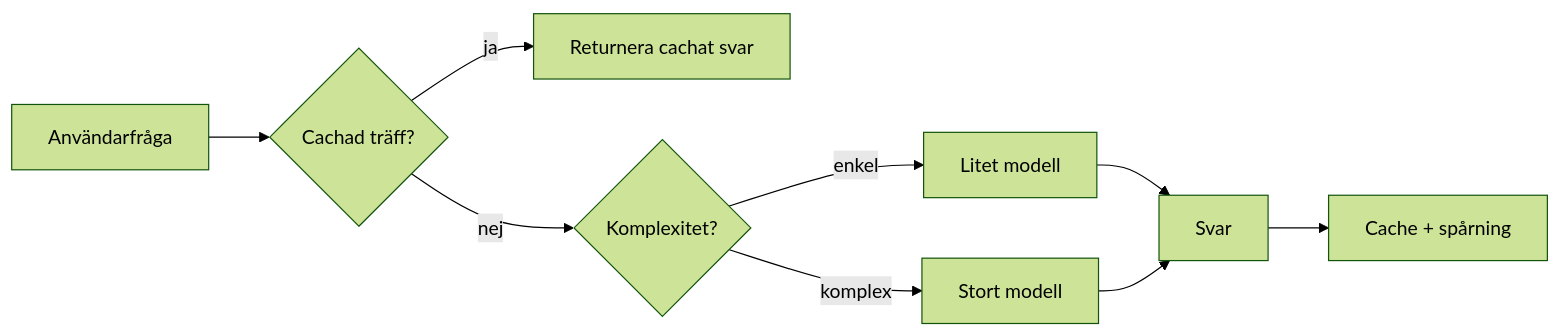
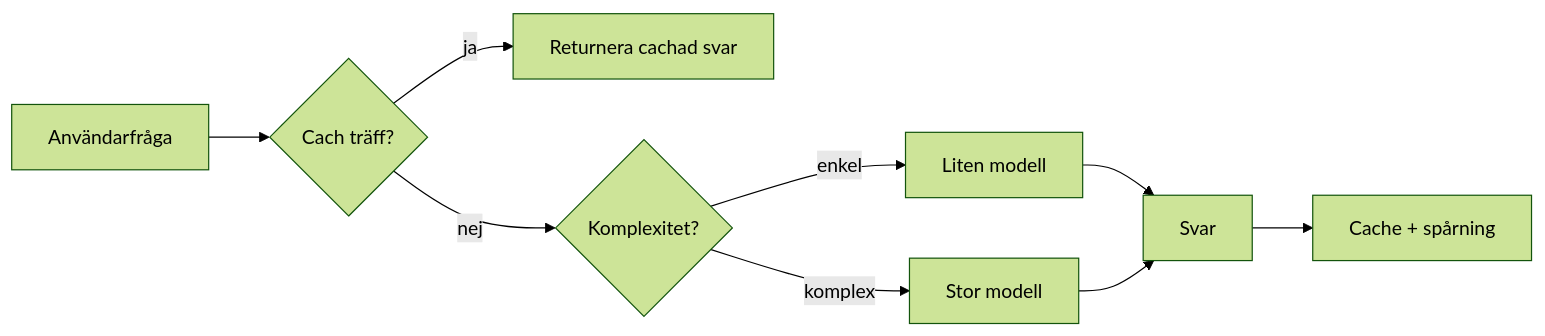
The third of 4 diagrams in mirrors/repos/microsoft@ai-agents-for-beginners/translations/sv/16-deploying-scalable-agents/README.md (gabrielmoreira/agent-skills-mirror), drawn with Mermaid (forest theme) before and after one commit. The commit also changed other lines of this file and 4262 other files, not shown here.

````diff
--- a/mirrors/repos/microsoft@ai-agents-for-beginners/translations/sv/16-deploying-scalable-agents/README.md
+++ b/mirrors/repos/microsoft@ai-agents-for-beginners/translations/sv/16-deploying-scalable-agents/README.md
@@ -134,11 +134,11 @@
 ```mermaid
 flowchart LR
-    Q[Användarfråga] --> C{Cachad träff?}
-    C -->|ja| R[Returnera cachat svar]
+    Q[Användarfråga] --> C{Cach träff?}
+    C -->|ja| R[Returnera cachad svar]
     C -->|nej| Router{Komplexitet?}
-    Router -->|enkel| SLM[Litet modell]
-    Router -->|komplex| LLM[Stort modell]
+    Router -->|enkel| SLM[Liten modell]
+    Router -->|komplex| LLM[Stor modell]
     SLM --> Out[Svar]
     LLM --> Out
     Out --> Store[Cache + spårning]
 ```
````
